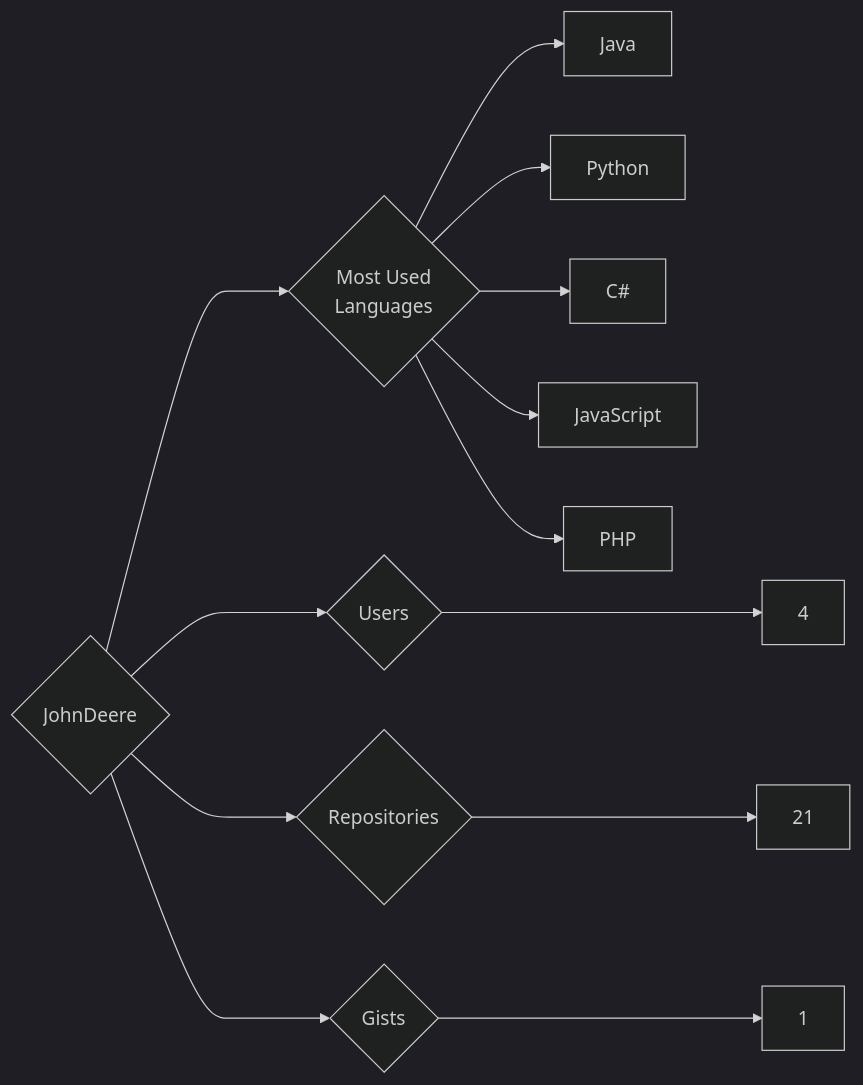
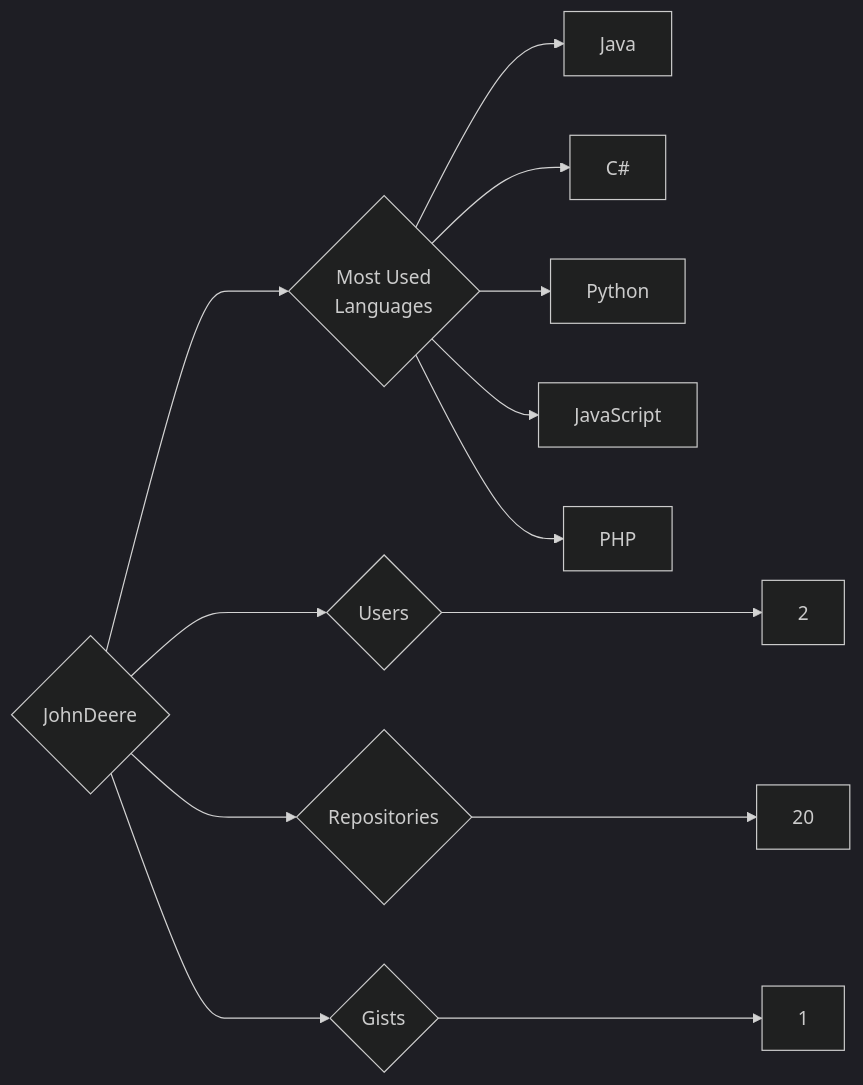
One commit to trickest/insiders changed the diagram in targets/JohnDeere/README.md. Above: the diagram before and after it, drawn with Mermaid (dark theme). The commit also changed 873 other files, not shown here.

````diff
--- a/targets/JohnDeere/README.md
+++ b/targets/JohnDeere/README.md
@@ -3,13 +3,13 @@
 ```mermaid
 graph LR
 COMPANY_NAME{JohnDeere}
-COMPANY_NAME ---> U{Users} ---> UN[4]
-COMPANY_NAME ---> R{Repositories} ---> RN[21]
+COMPANY_NAME ---> U{Users} ---> UN[2]
+COMPANY_NAME ---> R{Repositories} ---> RN[20]
 COMPANY_NAME ---> G{Gists} ---> GN[1]
 COMPANY_NAME ---> ML{Most Used<br>Languages}
 ML --> Java[Java]
+ML --> C#[C#]
 ML --> Python[Python]
-ML --> C#[C#]
 ML --> JavaScript[JavaScript]
 ML --> PHP[PHP]
 ```
````
